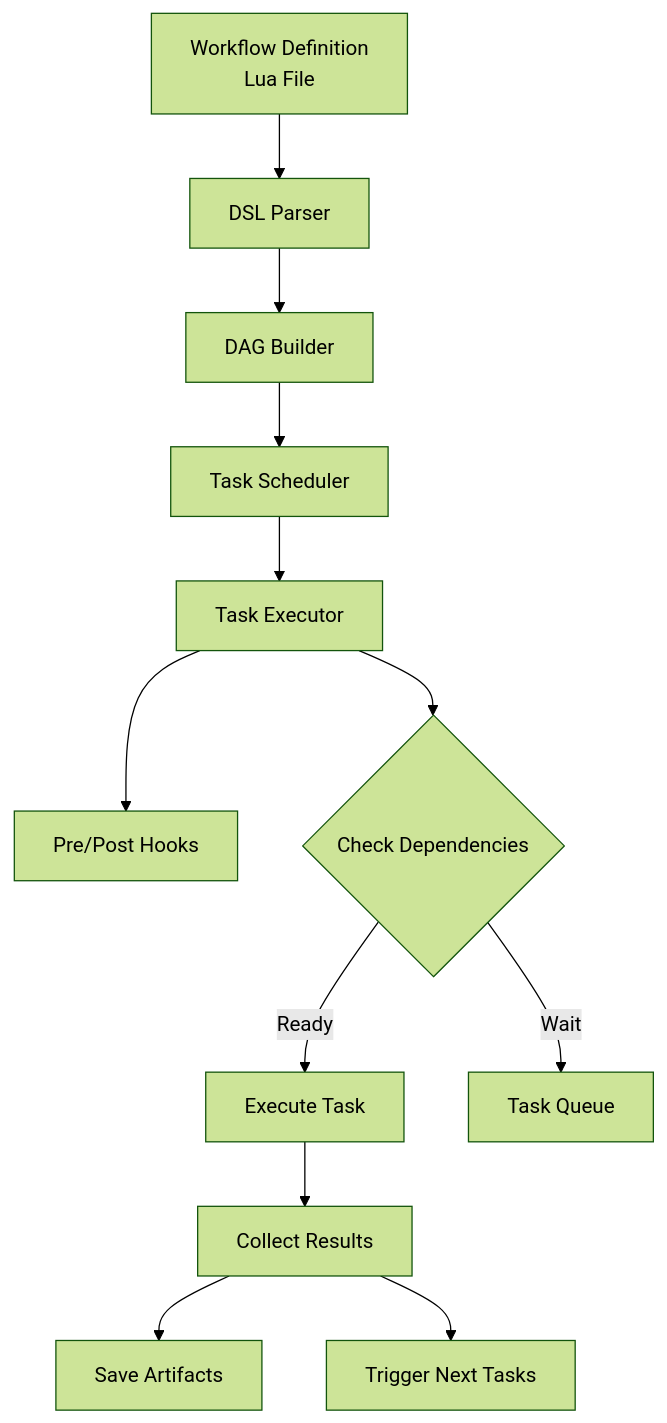
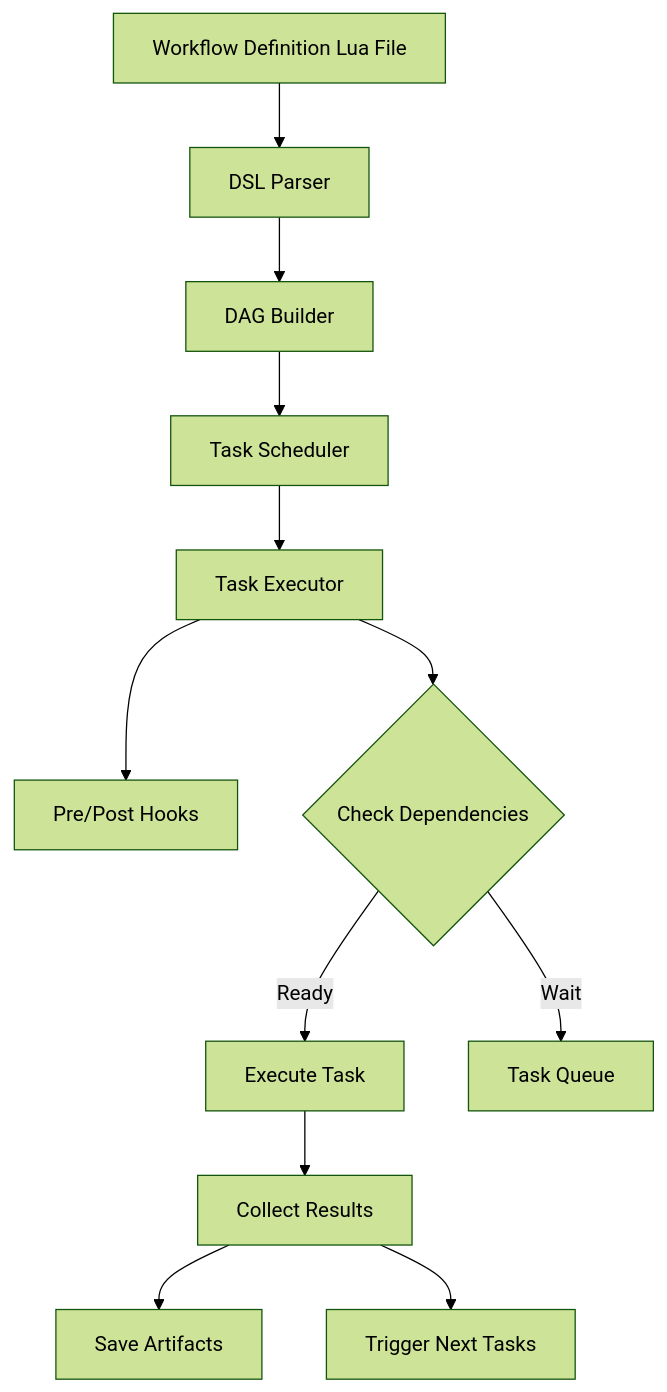
One commit to chalkan3-sloth/sloth-runner changed the third of 19 diagrams in docs/en/architecture.md. Above: the diagram before and after it, drawn with Mermaid (forest theme). The commit also changed other lines of this file and 1 other file, not shown here.

First line of the commit message:
fix: Fix Mermaid diagram syntax errors for compatibility

````diff
--- a/docs/en/architecture.md
+++ b/docs/en/architecture.md
@@ -178,16 +178,16 @@
 ```mermaid
 graph TD
-    WorkflowDef[Workflow Definition<br/>Lua File] --> Parser[DSL Parser]
+    WorkflowDef[Workflow Definition Lua File] --> Parser[DSL Parser]
     Parser --> DAG[DAG Builder]
     DAG --> Scheduler[Task Scheduler]
     Scheduler --> Executor[Task Executor]
 
     Executor --> Hooks[Pre/Post Hooks]
     Executor --> StateCheck{Check Dependencies}
     StateCheck -->|Ready| Execute[Execute Task]
     StateCheck -->|Wait| Queue[Task Queue]
 
     Execute --> Results[Collect Results]
     Results --> Artifacts[Save Artifacts]
     Results --> NextTasks[Trigger Next Tasks]
 ```
````
